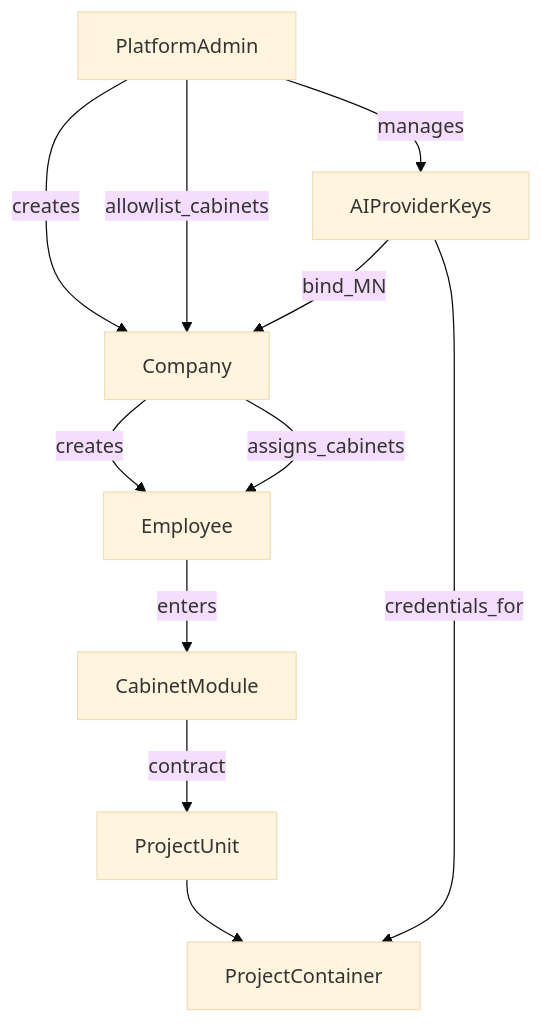
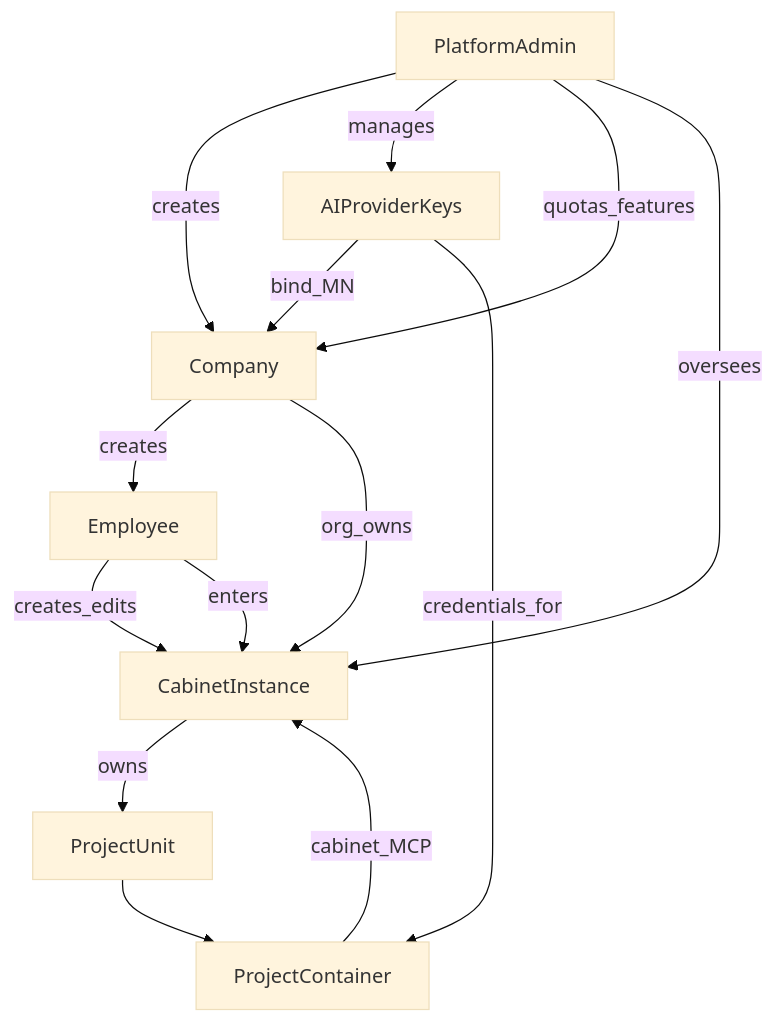
Before and after one commit to ne-tort/agentscale: the diagram in docs/target/00-principles.md, drawn with Mermaid (base theme). The commit also changed other lines of this file and 33 other files, not shown here.

````diff
--- a/docs/target/00-principles.md
+++ b/docs/target/00-principles.md
@@ -18,21 +18,24 @@
 ```mermaid
 flowchart TB
   Admin[PlatformAdmin]
   Keys[AIProviderKeys]
   Company[Company]
   Employee[Employee]
-  Cabinet[CabinetModule]
+  Cabinet[CabinetInstance]
   Project[ProjectUnit]
   Container[ProjectContainer]
 
   Admin -->|creates| Company
   Admin -->|manages| Keys
-  Admin -->|allowlist_cabinets| Company
+  Admin -->|quotas_features| Company
   Keys -->|bind_MN| Company
   Company -->|creates| Employee
-  Company -->|assigns_cabinets| Employee
+  Employee -->|creates_edits| Cabinet
+  Company -->|org_owns| Cabinet
+  Admin -->|oversees| Cabinet
   Employee -->|enters| Cabinet
-  Cabinet -->|contract| Project
+  Cabinet -->|owns| Project
   Project --> Container
   Keys -->|credentials_for| Container
+  Container -->|cabinet_MCP| Cabinet
 ```
````
